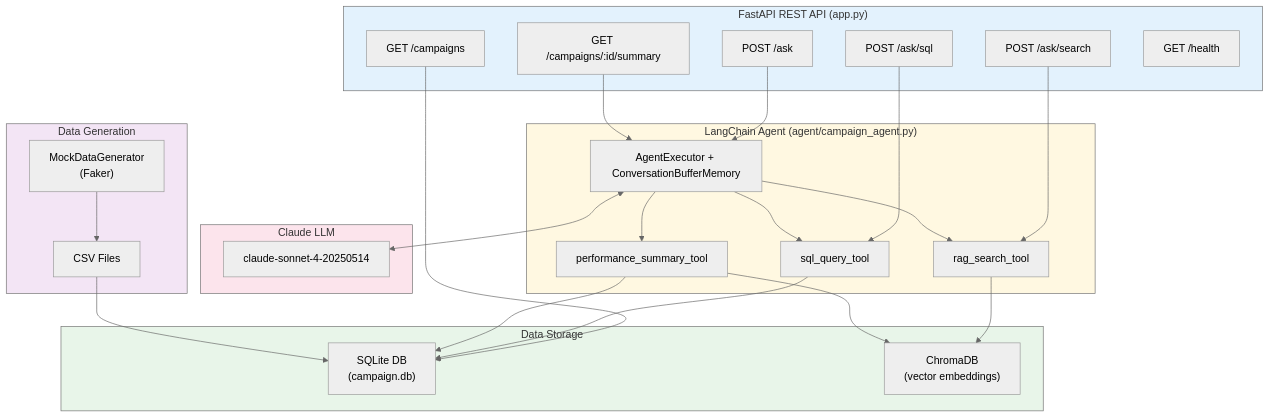
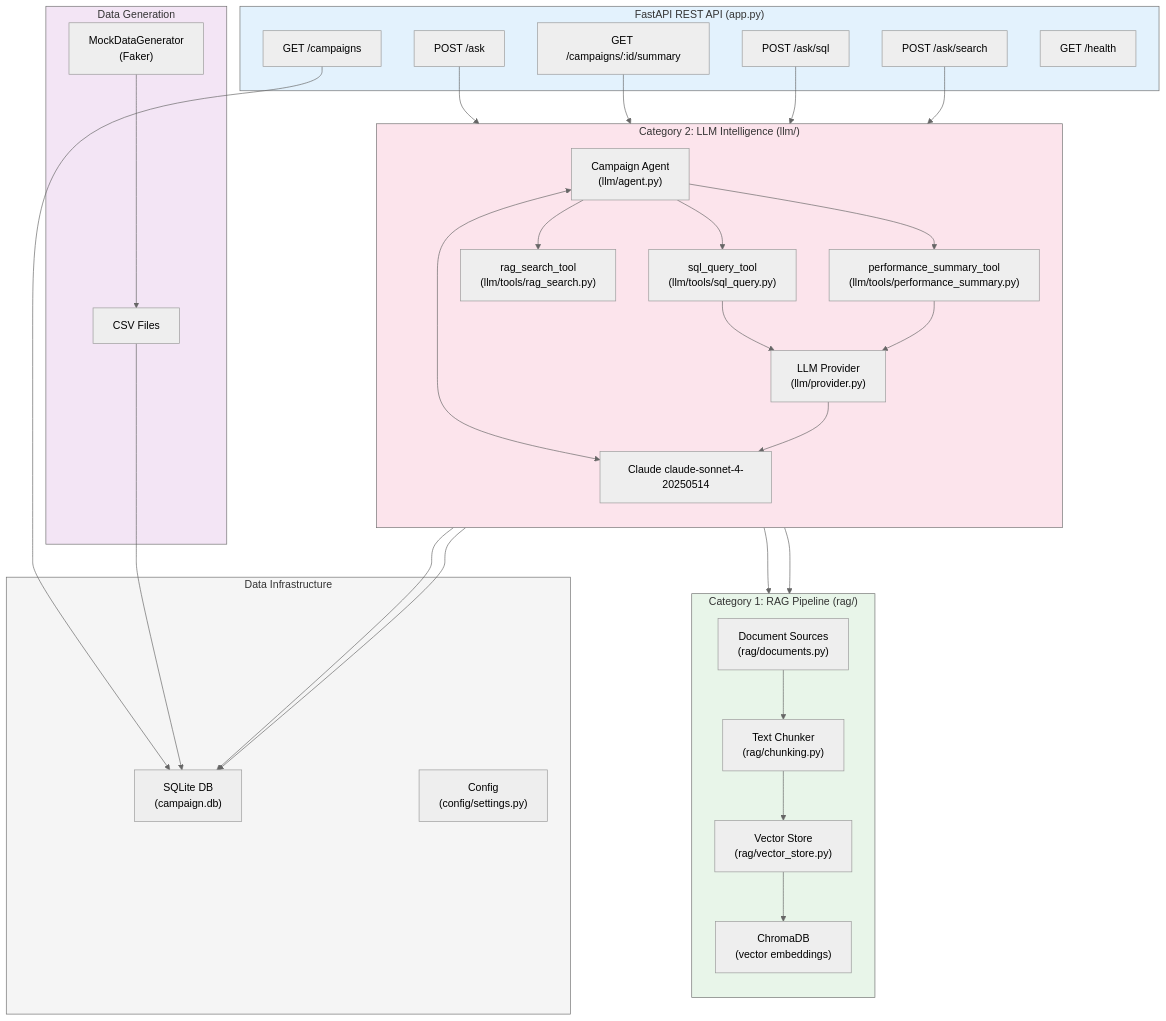
Before and after one commit to aakashkumar1980/certifications-aiml: the third of 3 diagrams in dimo_project/campaign_performance_analysis/README.md, drawn with Mermaid (neutral theme). The commit also changed other lines of this file and 5 other files, not shown here.

First line of the commit message:
Add Step labels to LLM tools and update all documentation with two-category architecture

````diff
--- a/dimo_project/campaign_performance_analysis/README.md
+++ b/dimo_project/campaign_performance_analysis/README.md
@@ -223,54 +291,67 @@
 ```mermaid
 graph TB
     subgraph API["FastAPI REST API (app.py)"]
         Ask["POST /ask"]
         AskSQL["POST /ask/sql"]
         AskSearch["POST /ask/search"]
         Campaigns["GET /campaigns"]
         Summary["GET /campaigns/:id/summary"]
         Health["GET /health"]
     end
 
-    subgraph AgentLayer["LangChain Agent (agent/campaign_agent.py)"]
-        Exec["AgentExecutor + ConversationBufferMemory"]
-        T1["sql_query_tool"]
-        T2["rag_search_tool"]
-        T3["performance_summary_tool"]
+    subgraph cat2["Category 2: LLM Intelligence (llm/)"]
+        direction TB
+        Provider["LLM Provider<br/>(llm/provider.py)"]
+        AgentMod["Campaign Agent<br/>(llm/agent.py)"]
+        T1["sql_query_tool<br/>(llm/tools/sql_query.py)"]
+        T2["rag_search_tool<br/>(llm/tools/rag_search.py)"]
+        T3["performance_summary_tool<br/>(llm/tools/performance_summary.py)"]
+        Claude["Claude claude-sonnet-4-20250514"]
     end
 
-    subgraph LLMLayer["Claude LLM"]
-        Claude["claude-sonnet-4-20250514"]
+    subgraph cat1["Category 1: RAG Pipeline (rag/)"]
+        direction TB
+        DocMod["Document Sources<br/>(rag/documents.py)"]
+        ChunkMod["Text Chunker<br/>(rag/chunking.py)"]
+        VecStore["Vector Store<br/>(rag/vector_store.py)"]
+        Chroma["ChromaDB<br/>(vector embeddings)"]
     end
 
-    subgraph DataLayer["Data Storage"]
+    subgraph DataLayer["Data Infrastructure"]
         SQLite["SQLite DB<br/>(campaign.db)"]
-        Chroma["ChromaDB<br/>(vector embeddings)"]
+        Config["Config<br/>(config/settings.py)"]
     end
 
     subgraph DataGen["Data Generation"]
         Mock["MockDataGenerator<br/>(Faker)"]
         CSV["CSV Files"]
     end
 
-    Ask --> Exec
-    Summary --> Exec
+    Ask --> AgentMod
+    Summary --> AgentMod
     AskSQL --> T1
     AskSearch --> T2
     Campaigns --> SQLite
-    Exec <--> Claude
-    Exec --> T1
-    Exec --> T2
-    Exec --> T3
+    AgentMod <--> Claude
+    AgentMod --> T1
+    AgentMod --> T2
+    AgentMod --> T3
+    Provider --> Claude
     T1 --> SQLite
-    T2 --> Chroma
+    T1 --> Provider
+    T2 --> VecStore
     T3 --> SQLite
-    T3 --> Chroma
+    T3 --> VecStore
+    T3 --> Provider
+    DocMod --> ChunkMod
+    ChunkMod --> VecStore
+    VecStore --> Chroma
     Mock --> CSV
     CSV --> SQLite
 
     style API fill:#e3f2fd
-    style AgentLayer fill:#fff8e1
-    style LLMLayer fill:#fce4ec
-    style DataLayer fill:#e8f5e9
+    style cat2 fill:#fce4ec
+    style cat1 fill:#e8f5e9
+    style DataLayer fill:#f5f5f5
     style DataGen fill:#f3e5f5
 ```
````
